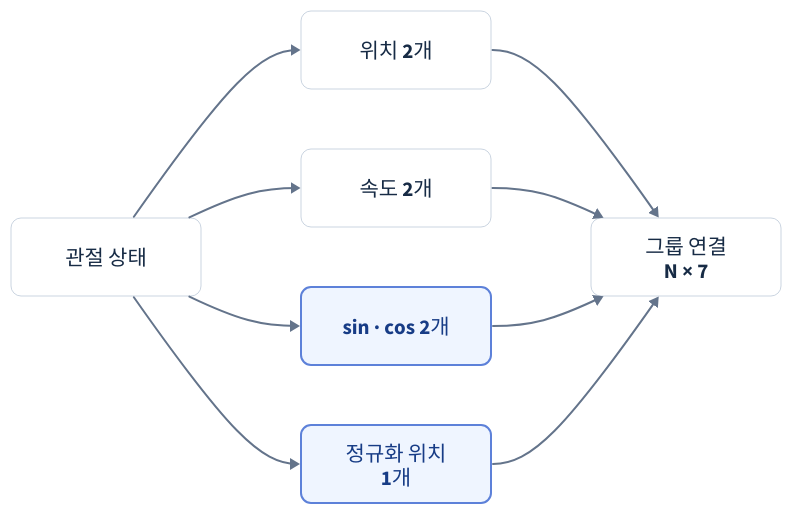
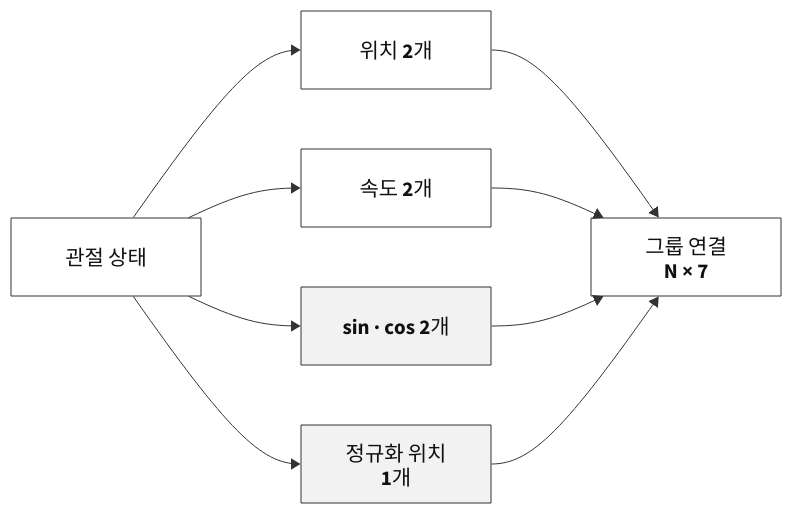
The diagram in learning-notes/reinforcement-learning/diagrams/07-observation-schema.d2 (fortex66/physical-ai-training), drawn with D2 before and after one commit. The commit also changed 88 other files, not shown here.

```diff
--- a/learning-notes/reinforcement-learning/diagrams/07-observation-schema.d2
+++ b/learning-notes/reinforcement-learning/diagrams/07-observation-schema.d2
@@ -1,28 +1,28 @@
 direction: down
 classes: {
   box: {
     width: 190
     height: 78
-    style: {font-size: 21; font-color: "#172B45"; fill: "#FFFFFF"; stroke: "#CBD5E1"; stroke-width: 1; border-radius: 10}
+    style: {font-size: 21; font-color: "#111111"; fill: "#FFFFFF"; stroke: "#333333"; stroke-width: 1; border-radius: 0}
   }
   focus: {
     width: 190
     height: 78
-    style: {font-size: 21; font-color: "#173C86"; fill: "#EFF5FF"; stroke: "#5D81D9"; stroke-width: 2; border-radius: 10}
+    style: {font-size: 21; font-color: "#111111"; fill: "#F2F2F2"; stroke: "#333333"; stroke-width: 1; border-radius: 0}
   }
 }
 *.class: box
 *.style.font-size: 21
-(* -> *)[*].style.stroke: "#64748B"
-(* -> *)[*].style.stroke-width: 2
+(* -> *)[*].style.stroke: "#333333"
+(* -> *)[*].style.stroke-width: 1
 direction: right
 state: 관절 상태
 pos: 위치 2개
 vel: 속도 2개
 angle: sin · cos 2개 {class: focus}
 norm: "정규화 위치\n1개" {class: focus}
 out: "그룹 연결\nN × 7"
 state -> pos -> out
 state -> vel -> out
 state -> angle -> out
 state -> norm -> out
```
